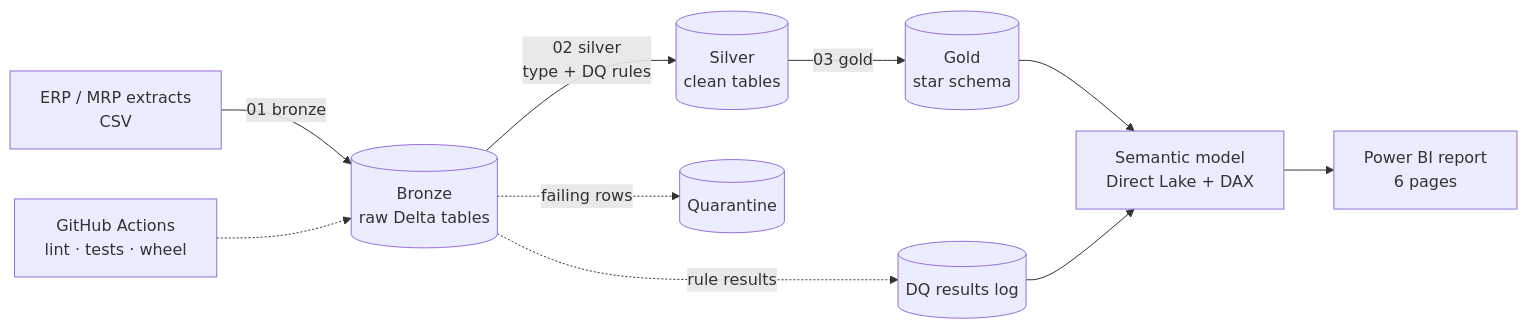
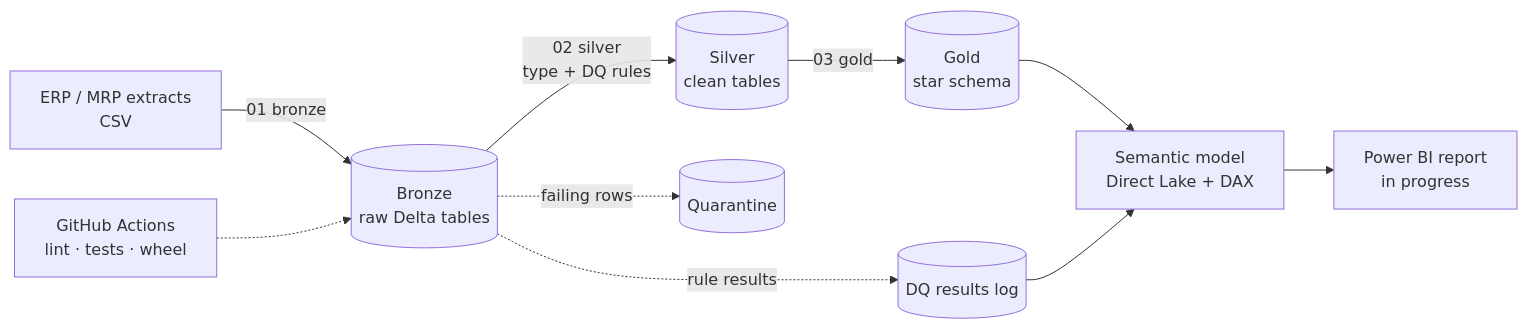
One commit to alexanderburblis/mfg-ops-intelligence changed the diagram in README.md. Above: the diagram before and after it, drawn with Mermaid. The commit also changed other lines of this file, not shown here.

````diff
--- a/README.md
+++ b/README.md
@@ -21,12 +25,12 @@
 ```mermaid
 flowchart LR
     A[ERP / MRP extracts<br/>CSV] -->|01 bronze| B[(Bronze<br/>raw Delta tables)]
     B -->|02 silver<br/>type + DQ rules| C[(Silver<br/>clean tables)]
     B -.->|failing rows| Q[(Quarantine)]
     C -->|03 gold| D[(Gold<br/>star schema)]
     B -.->|rule results| R[(DQ results log)]
     D --> M[Semantic model<br/>Direct Lake + DAX]
     R --> M
-    M --> P[Power BI report<br/>6 pages]
+    M --> P[Power BI report<br/>in progress]
     G[GitHub Actions<br/>lint · tests · wheel] -.-> B
 ```
````
